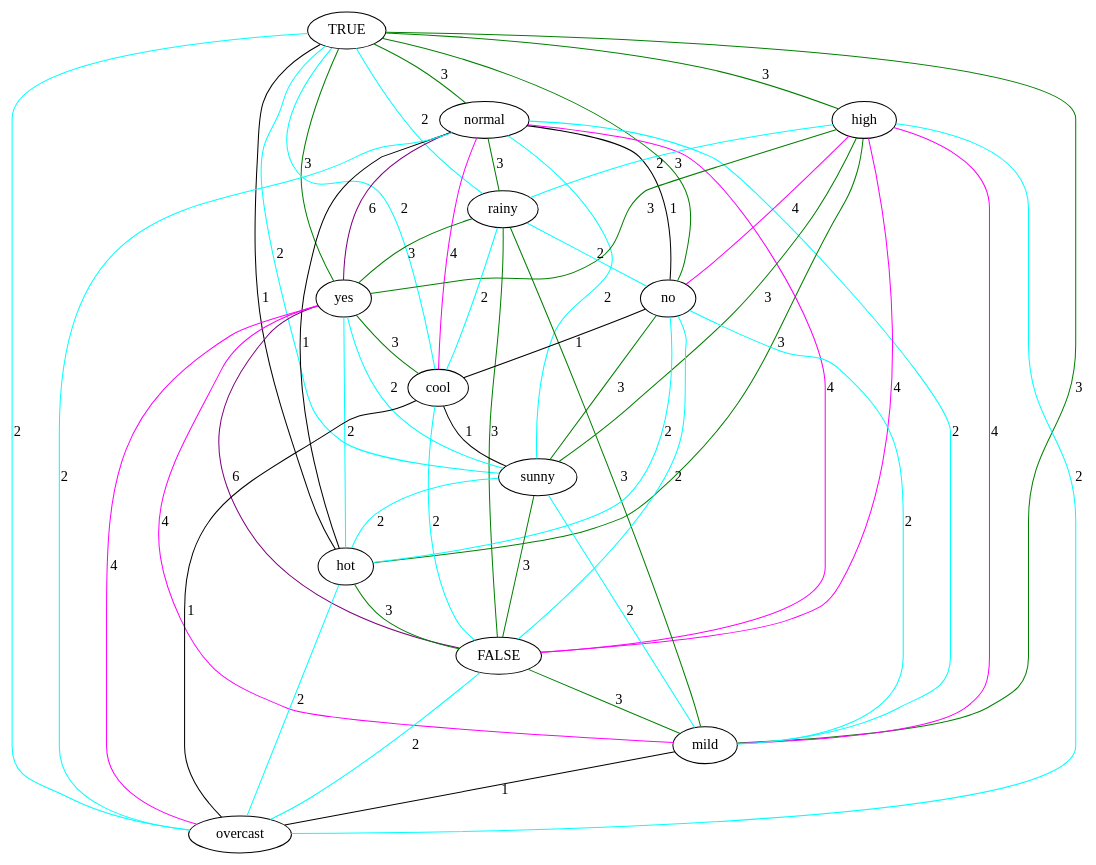
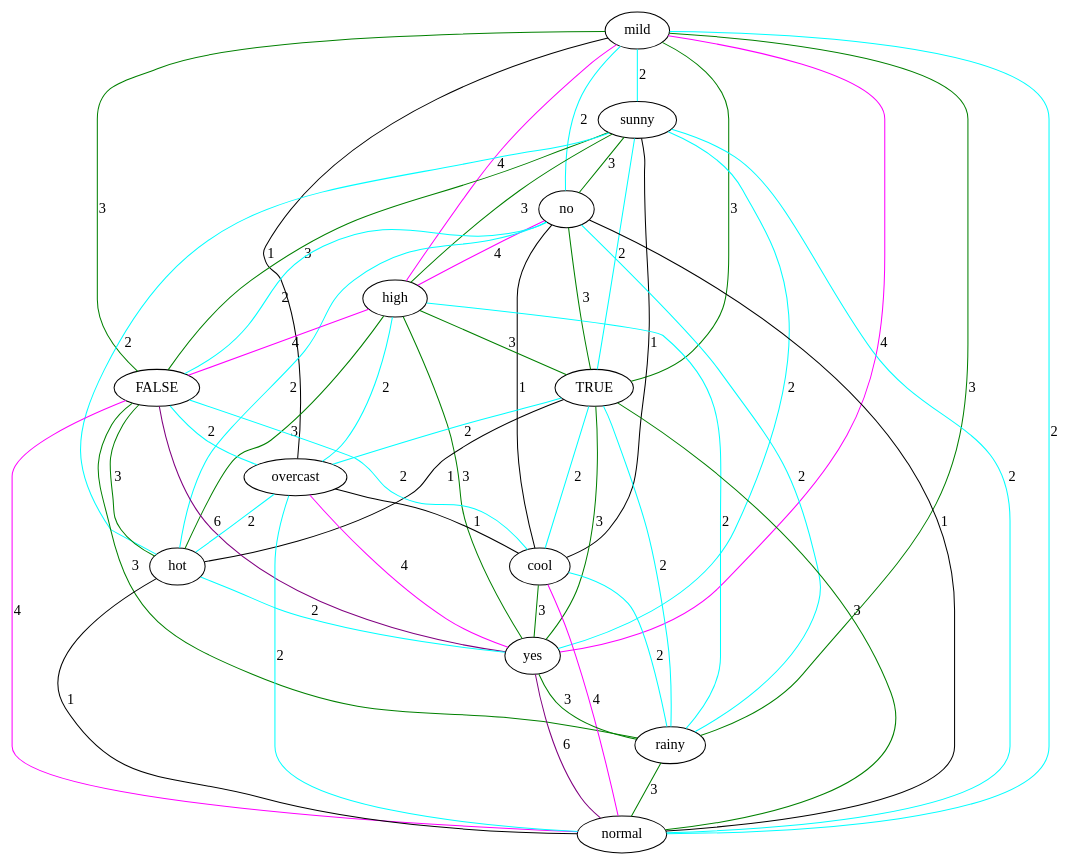
The diagram in src/final/linearGraph.dot (lrodrin/TFG), drawn with Graphviz before and after one commit. The commit also changed 3 other files, not shown here.

Commit message:
solucionat l'error que dónava a la creació del linear graph. acabats planar i linear grafs.

```diff
--- a/src/final/linearGraph.dot
+++ b/src/final/linearGraph.dot
@@ -1,68 +1,68 @@
 strict graph "" {
+mild;
+sunny;
+no;
+high;
 TRUE;
+FALSE;
+overcast;
+hot;
+cool;
+yes;
+rainy;
 normal;
-high;
-rainy;
-yes;
-no;
-cool;
-sunny;
-hot;
-FALSE;
-mild;
-overcast;
+mild -- FALSE  [color=green, label=3];
+mild -- overcast  [color=black, label=1];
+mild -- sunny  [color=cyan, label=2];
+mild -- no  [color=cyan, label=2];
+mild -- rainy  [color=green, label=3];
+mild -- yes  [color=magenta, label=4];
+mild -- high  [color=magenta, label=4];
+mild -- TRUE  [color=green, label=3];
+mild -- normal  [color=cyan, label=2];
+sunny -- FALSE  [color=green, label=3];
+sunny -- hot  [color=cyan, label=2];
+sunny -- TRUE  [color=cyan, label=2];
+sunny -- cool  [color=black, label=1];
+sunny -- high  [color=green, label=3];
+sunny -- yes  [color=cyan, label=2];
+sunny -- no  [color=green, label=3];
+sunny -- normal  [color=cyan, label=2];
+no -- FALSE  [color=cyan, label=2];
+no -- hot  [color=cyan, label=2];
+no -- cool  [color=black, label=1];
+no -- high  [color=magenta, label=4];
+no -- TRUE  [color=green, label=3];
+no -- normal  [color=black, label=1];
+no -- rainy  [color=cyan, label=2];
+high -- FALSE  [color=magenta, label=4];
+high -- overcast  [color=cyan, label=2];
+high -- hot  [color=green, label=3];
+high -- TRUE  [color=green, label=3];
+high -- yes  [color=green, label=3];
+high -- rainy  [color=cyan, label=2];
+TRUE -- hot  [color=black, label=1];
+TRUE -- cool  [color=cyan, label=2];
+TRUE -- yes  [color=green, label=3];
 TRUE -- overcast  [color=cyan, label=2];
-TRUE -- cool  [color=cyan, label=2];
 TRUE -- normal  [color=green, label=3];
-TRUE -- sunny  [color=cyan, label=2];
-TRUE -- high  [color=green, label=3];
-TRUE -- hot  [color=black, label=1];
 TRUE -- rainy  [color=cyan, label=2];
-TRUE -- mild  [color=green, label=3];
-TRUE -- yes  [color=green, label=3];
-TRUE -- no  [color=green, label=3];
-normal -- overcast  [color=cyan, label=2];
-normal -- FALSE  [color=magenta, label=4];
-normal -- cool  [color=magenta, label=4];
-normal -- sunny  [color=cyan, label=2];
-normal -- hot  [color=black, label=1];
-normal -- mild  [color=cyan, label=2];
-normal -- rainy  [color=green, label=3];
-normal -- no  [color=black, label=1];
-normal -- yes  [color=purple, label=6];
-high -- overcast  [color=cyan, label=2];
-high -- rainy  [color=cyan, label=2];
-high -- yes  [color=green, label=3];
-high -- sunny  [color=green, label=3];
-high -- hot  [color=green, label=3];
-high -- no  [color=magenta, label=4];
-high -- mild  [color=magenta, label=4];
-high -- FALSE  [color=magenta, label=4];
-rainy -- cool  [color=cyan, label=2];
-rainy -- no  [color=cyan, label=2];
-rainy -- mild  [color=green, label=3];
-rainy -- yes  [color=green, label=3];
-rainy -- FALSE  [color=green, label=3];
-yes -- overcast  [color=magenta, label=4];
-yes -- cool  [color=green, label=3];
-yes -- hot  [color=cyan, label=2];
-yes -- sunny  [color=cyan, label=2];
-yes -- mild  [color=magenta, label=4];
-yes -- FALSE  [color=purple, label=6];
-no -- cool  [color=black, label=1];
-no -- sunny  [color=green, label=3];
-no -- hot  [color=cyan, label=2];
-no -- mild  [color=cyan, label=2];
-no -- FALSE  [color=cyan, label=2];
-cool -- overcast  [color=black, label=1];
-cool -- FALSE  [color=cyan, label=2];
-cool -- sunny  [color=black, label=1];
-sunny -- hot  [color=cyan, label=2];
-sunny -- mild  [color=cyan, label=2];
-sunny -- FALSE  [color=green, label=3];
-hot -- overcast  [color=cyan, label=2];
-hot -- FALSE  [color=green, label=3];
-FALSE -- mild  [color=green, label=3];
+FALSE -- hot  [color=green, label=3];
+FALSE -- cool  [color=cyan, label=2];
+FALSE -- yes  [color=purple, label=6];
 FALSE -- overcast  [color=cyan, label=2];
-mild -- overcast  [color=black, label=1];
+FALSE -- normal  [color=magenta, label=4];
+FALSE -- rainy  [color=green, label=3];
+overcast -- hot  [color=cyan, label=2];
+overcast -- cool  [color=black, label=1];
+overcast -- normal  [color=cyan, label=2];
+overcast -- yes  [color=magenta, label=4];
+hot -- yes  [color=cyan, label=2];
+hot -- normal  [color=black, label=1];
+cool -- rainy  [color=cyan, label=2];
+cool -- yes  [color=green, label=3];
+cool -- normal  [color=magenta, label=4];
+yes -- rainy  [color=green, label=3];
+yes -- normal  [color=purple, label=6];
+rainy -- normal  [color=green, label=3];
 }
```
